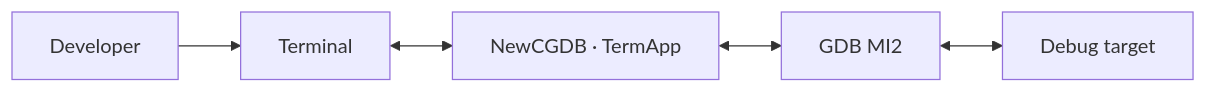
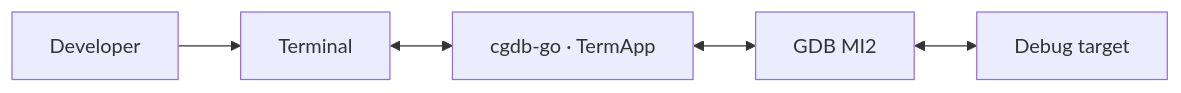
One commit to yairgd/gdbforge changed the first of 7 diagrams in docs/ARCHITECTURE.md. Above: the diagram before and after it, drawn with Mermaid. The commit also changed other lines of this file and 37 other files, not shown here.

````diff
--- a/docs/ARCHITECTURE.md
+++ b/docs/ARCHITECTURE.md
@@ -26,13 +26,13 @@
 ```mermaid
 flowchart LR
     User["Developer"]
     Term["Terminal"]
-    NewCGDB["NewCGDB · TermApp"]
+    cgdb-go["cgdb-go · TermApp"]
     GDB["GDB MI2"]
     Target["Debug target"]
 
     User --> Term
-    Term <--> NewCGDB
-    NewCGDB <--> GDB
+    Term <--> cgdb-go
+    cgdb-go <--> GDB
     GDB <--> Target
 ```
````
